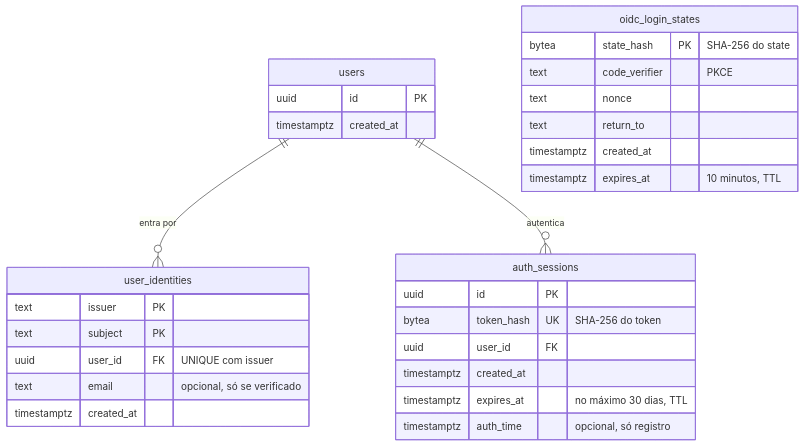
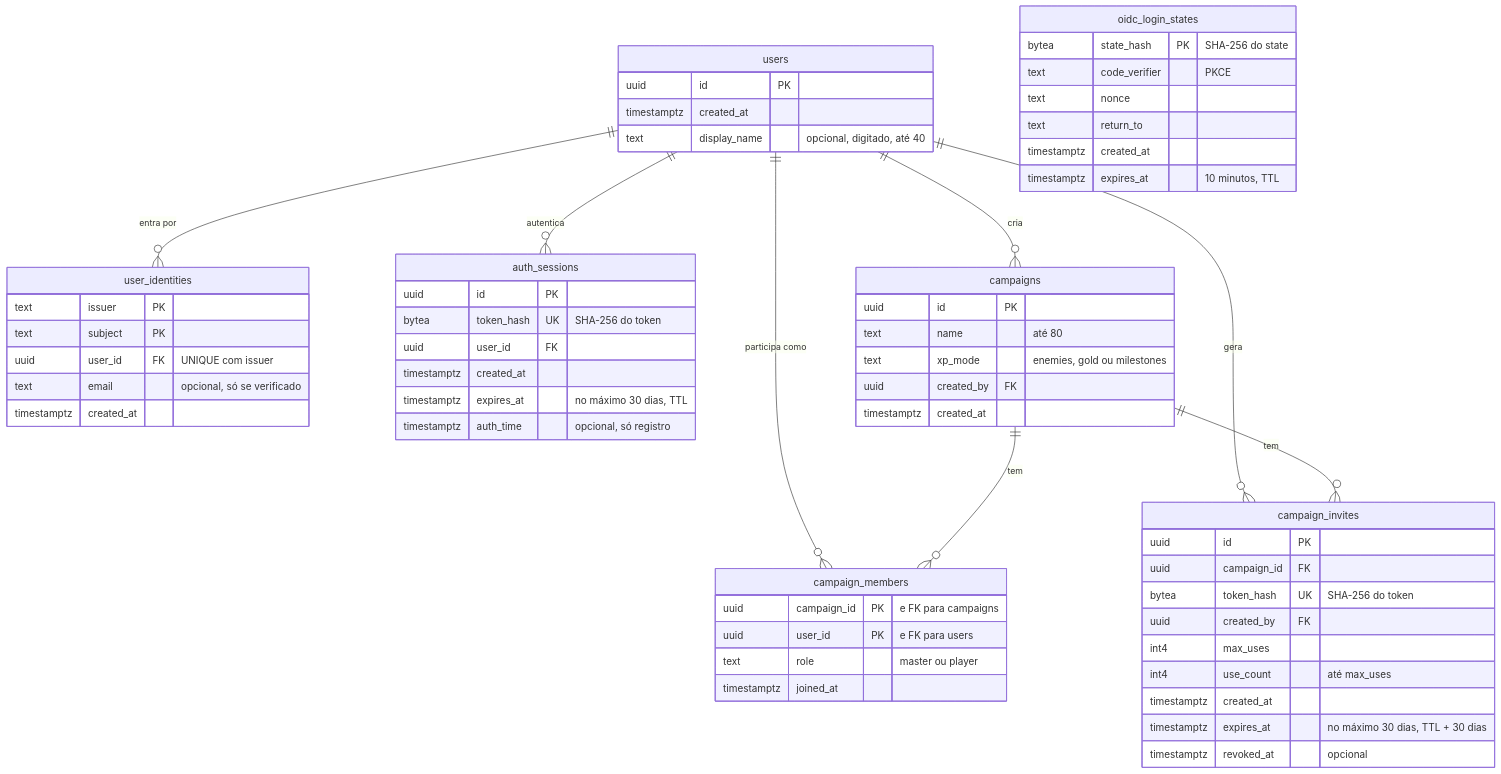
Before and after one commit to PuraFome/meuRPG: the third of 3 diagrams in docs/dados.md, drawn with Mermaid. The commit also changed other lines of this file and 58 other files, not shown here.

````diff
--- a/docs/dados.md
+++ b/docs/dados.md
@@ -277,36 +295,69 @@
 ```mermaid
 erDiagram
     users {
         uuid id PK
         timestamptz created_at
+        text display_name "opcional, digitado, até 40"
     }
 
     user_identities {
         text issuer PK
         text subject PK
         uuid user_id FK "UNIQUE com issuer"
         text email "opcional, só se verificado"
         timestamptz created_at
     }
 
     auth_sessions {
         uuid id PK
         bytea token_hash UK "SHA-256 do token"
         uuid user_id FK
         timestamptz created_at
         timestamptz expires_at "no máximo 30 dias, TTL"
         timestamptz auth_time "opcional, só registro"
     }
 
     oidc_login_states {
         bytea state_hash PK "SHA-256 do state"
         text code_verifier "PKCE"
         text nonce
         text return_to
         timestamptz created_at
         timestamptz expires_at "10 minutos, TTL"
     }
 
+    campaigns {
+        uuid id PK
+        text name "até 80"
+        text xp_mode "enemies, gold ou milestones"
+        uuid created_by FK
+        timestamptz created_at
+    }
+
+    campaign_members {
+        uuid campaign_id PK "e FK para campaigns"
+        uuid user_id PK "e FK para users"
+        text role "master ou player"
+        timestamptz joined_at
+    }
+
+    campaign_invites {
+        uuid id PK
+        uuid campaign_id FK
+        bytea token_hash UK "SHA-256 do token"
+        uuid created_by FK
+        int4 max_uses
+        int4 use_count "até max_uses"
+        timestamptz created_at
+        timestamptz expires_at "no máximo 30 dias, TTL + 30 dias"
+        timestamptz revoked_at "opcional"
+    }
+
     users ||--o{ user_identities : "entra por"
     users ||--o{ auth_sessions : "autentica"
+    users ||--o{ campaigns : "cria"
+    users ||--o{ campaign_members : "participa como"
+    users ||--o{ campaign_invites : "gera"
+    campaigns ||--o{ campaign_members : "tem"
+    campaigns ||--o{ campaign_invites : "tem"
 ```
````
